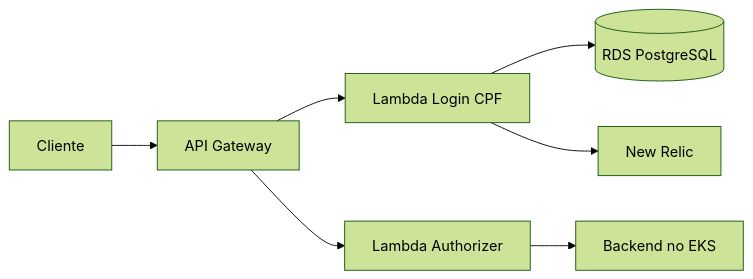
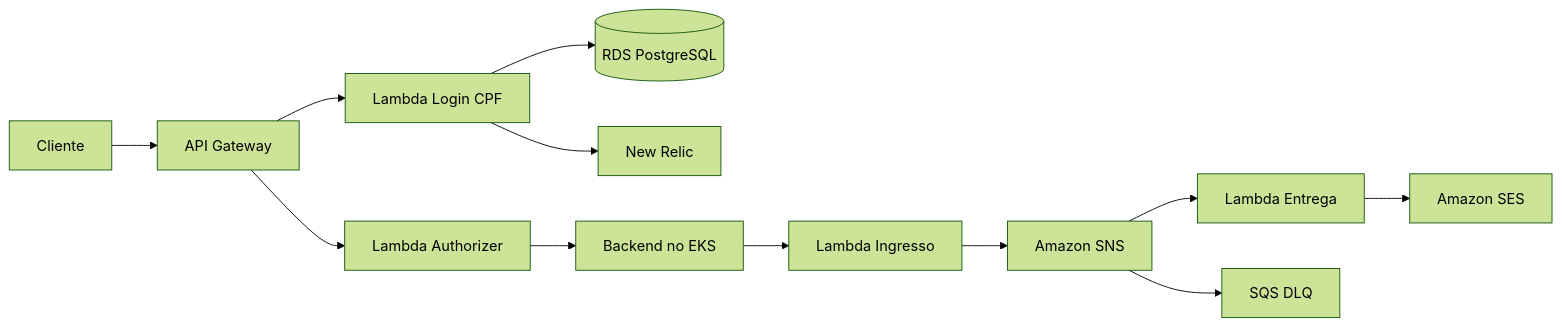
One commit to tiagomiele/oficina-auth-serverless-fiap-fase3 changed the diagram in README.md. Above: the diagram before and after it, drawn with Mermaid (forest theme). The commit also changed other lines of this file and 22 other files, not shown here.

````diff
--- a/README.md
+++ b/README.md
@@ -19,9 +21,14 @@
 ```mermaid
 flowchart LR
     Client[Cliente] --> Gateway[API Gateway]
     Gateway --> Login[Lambda Login CPF]
     Login --> DB[(RDS PostgreSQL)]
     Login --> NR[New Relic]
     Gateway --> Authorizer[Lambda Authorizer]
     Authorizer --> API[Backend no EKS]
+    API --> NotificationApi[Lambda Ingresso]
+    NotificationApi --> SNS[Amazon SNS]
+    SNS --> Delivery[Lambda Entrega]
+    Delivery --> SES[Amazon SES]
+    SNS --> DLQ[SQS DLQ]
 ```
````
